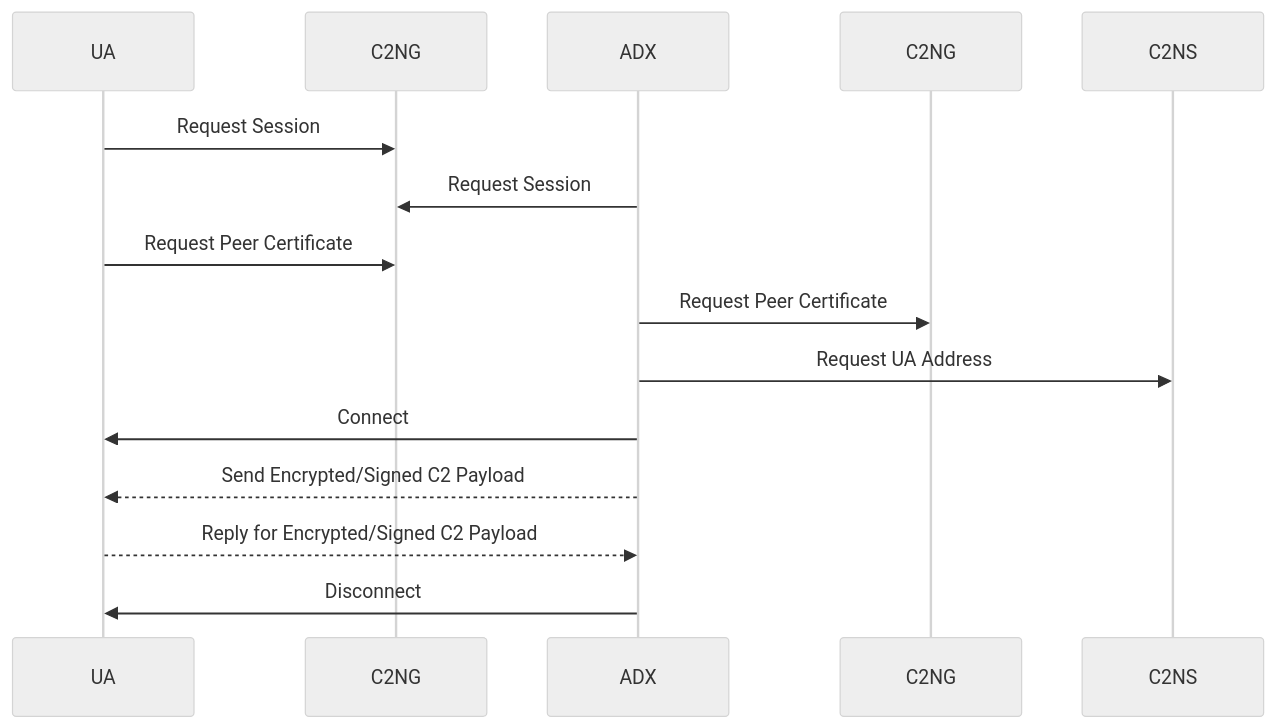
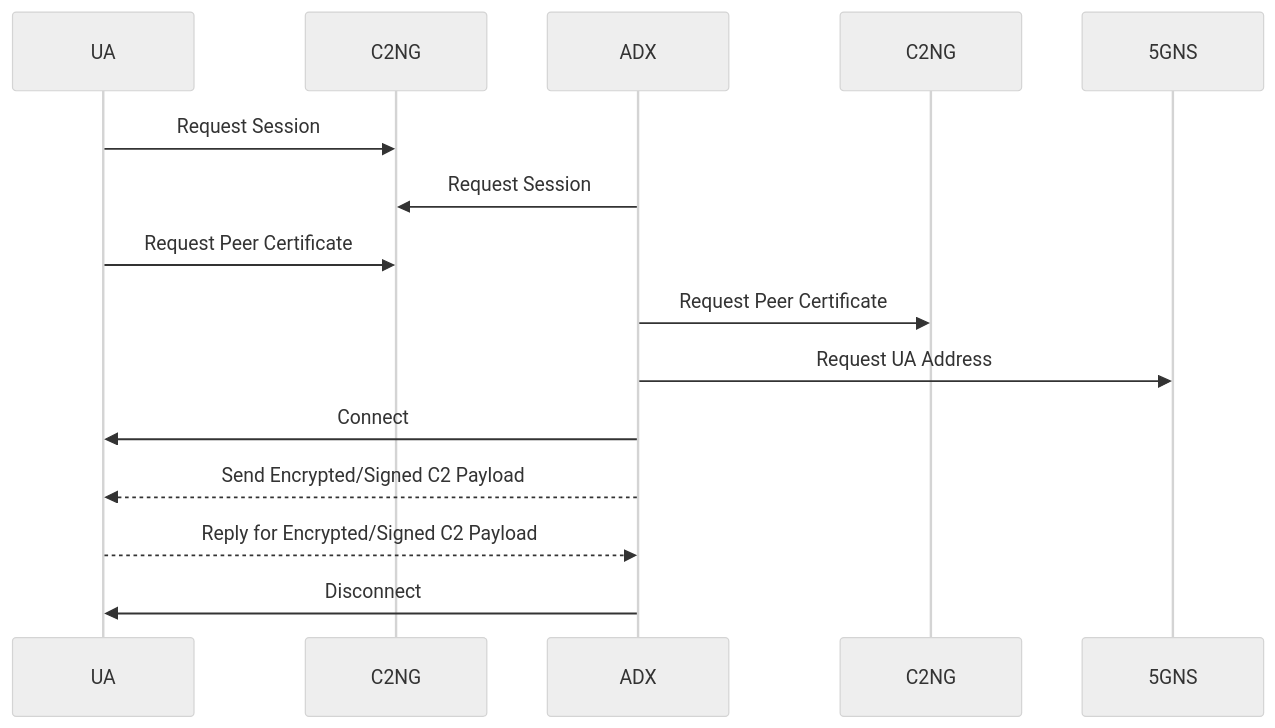
The fifth of 6 diagrams in docs/GENERAL.md (flyvercity/iot-ngin-c2ng), drawn with Mermaid (neutral theme) before and after one commit.

Commit message:
Typo in docs

````diff
--- a/docs/GENERAL.md
+++ b/docs/GENERAL.md
@@ -157,12 +157,12 @@
 ```mermaid
 sequenceDiagram
     UA ->> C2NG: Request Session
     ADX ->> C2NG: Request Session
     UA ->> C2NG: Request Peer Certificate
     ADX ->> С2NG: Request Peer Certificate
-    ADX ->> C2NS: Request UA Address
+    ADX ->> 5GNS: Request UA Address
     ADX ->> UA: Connect
     ADX -->> UA: Send Encrypted/Signed C2 Payload
     UA -->> ADX: Reply for Encrypted/Signed C2 Payload
     ADX ->> UA: Disconnect
 ```
````
